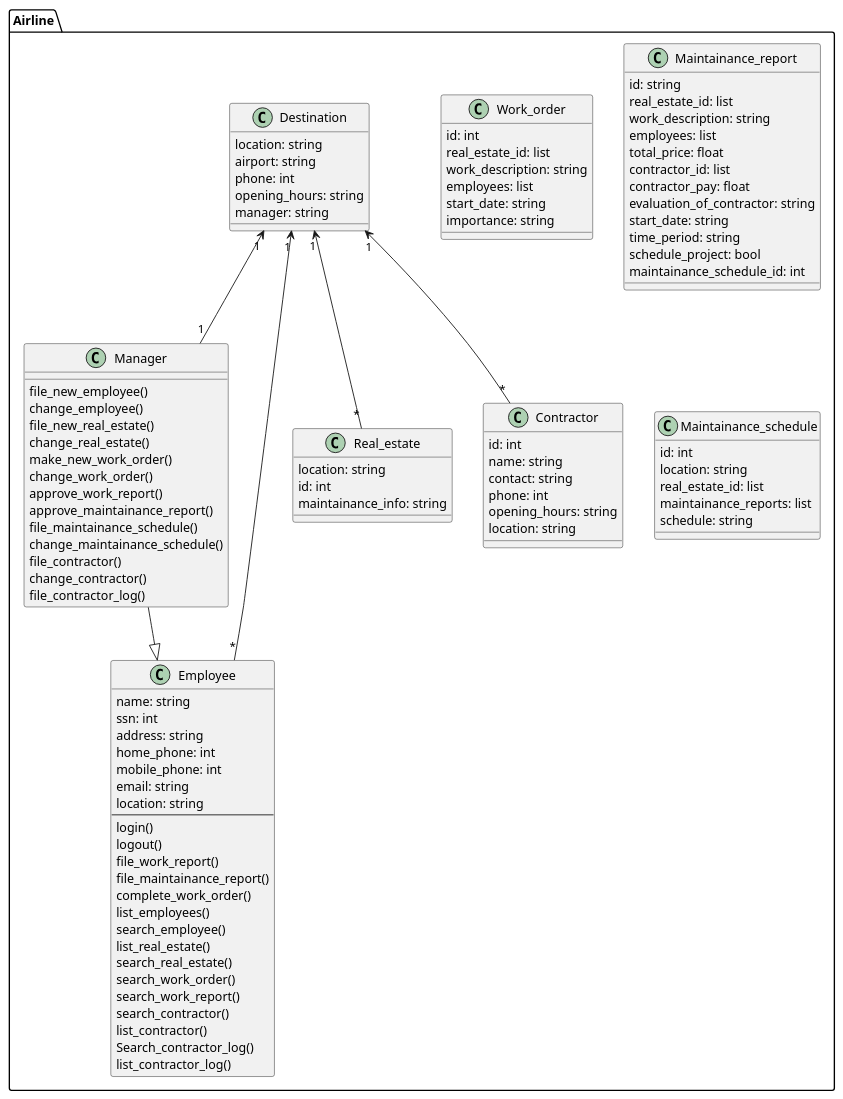
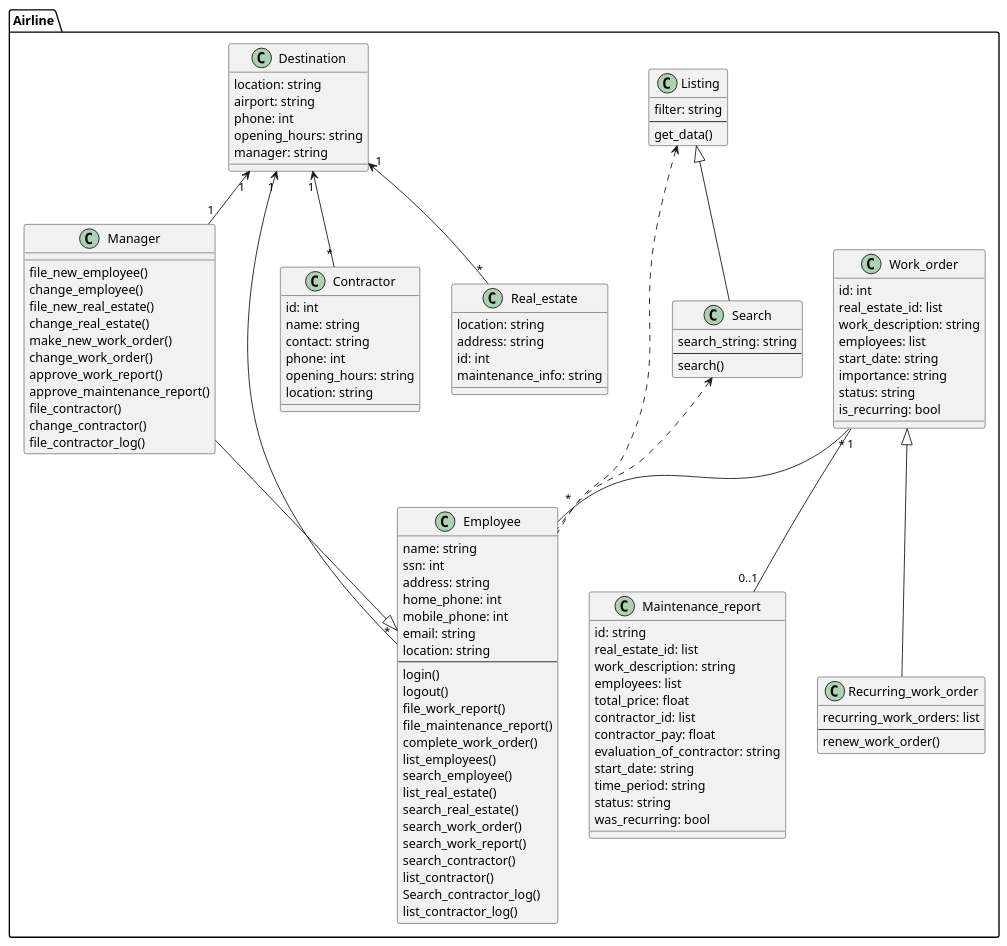
The diagram in design/class_diagrams/klas.puml (unnar19/pepsi-max), drawn with PlantUML before and after one commit.

```diff
--- a/design/class_diagrams/klas.puml
+++ b/design/class_diagrams/klas.puml
@@ -1,98 +1,114 @@
 @startuml airline
 package Airline {
     class Manager {
         file_new_employee()
         change_employee()
         file_new_real_estate()
         change_real_estate()
         make_new_work_order()
         change_work_order()
         approve_work_report()
-        approve_maintainance_report()
-        file_maintainance_schedule()
-        change_maintainance_schedule()
+        approve_maintenance_report()
         file_contractor()
         change_contractor()
         file_contractor_log()
     }
     class Employee {
         name: string
         ssn: int
         address: string
         home_phone: int
         mobile_phone: int
         email: string
         location: string
         --
         login()
         logout()
         file_work_report()
-        file_maintainance_report()
+        file_maintenance_report()
         complete_work_order()
         list_employees()
         search_employee()
         list_real_estate()
         search_real_estate()
         search_work_order()
         search_work_report()
         search_contractor()
         list_contractor()
         Search_contractor_log()
         list_contractor_log()
     }
     class Destination {
         location: string
         airport: string
         phone: int
         opening_hours: string
         manager: string
     }
     class Real_estate {
         location: string
+        address: string
         id: int
-        maintainance_info: string
+        maintenance_info: string
     }
     class Work_order {
         id: int
         real_estate_id: list
         work_description: string
         employees: list
         start_date: string
         importance: string
+        status: string
+        is_recurring: bool
     }
-    class Maintainance_report {
+    class Maintenance_report {
         id: string
         real_estate_id: list
         work_description: string
         employees: list
         total_price: float
         contractor_id: list
         contractor_pay: float
         evaluation_of_contractor: string
         start_date: string
         time_period: string
-        schedule_project: bool
-        maintainance_schedule_id: int
-    }
-    class Maintainance_schedule {
-        id: int
-        location: string
-        real_estate_id: list
-        maintainance_reports: list
-        schedule: string
+        status: string
+        was_recurring: bool
     }
     class Contractor {
         id: int
         name: string
         contact: string
         phone: int
         opening_hours: string
         location: string
     }
+    class Search {
+        search_string: string
+        --
+        search()
+    }
+    class Listing {
+        filter: string
+        --
+        get_data()
+    }
+    class Recurring_work_order {
+        recurring_work_orders: list
+        --
+        renew_work_order()
+    }
+
 Manager --|> Employee
 Destination "1" <-- "*" Real_estate
 Destination "1" <-- "1" Manager
 Destination "1" <-- "*" Employee
 Destination "1" <-- "*" Contractor
+Work_order "1" -- "0..1" Maintenance_report
+Work_order "*" -- "*" Employee
+Work_order <|-- Recurring_work_order
+Listing <|-- Search
+Search <.. Employee
+Listing <.. Employee
 }
 @enduml
```
